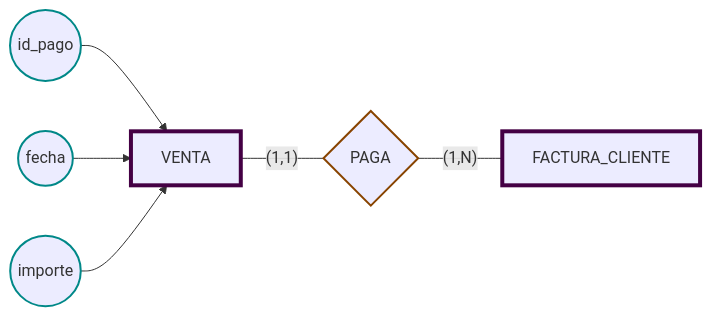
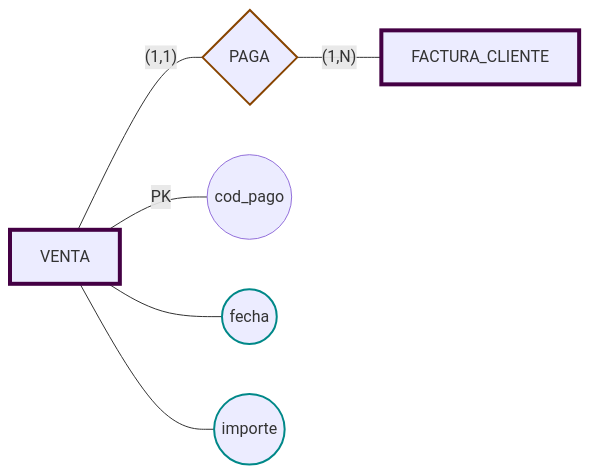
One commit to JulTob/Data changed the tenth of 13 diagrams in DataBases/lonja_DB.md. Above: the diagram before and after it, drawn with Mermaid. The commit also changed other lines of this file, not shown here.

````diff
--- a/DataBases/lonja_DB.md
+++ b/DataBases/lonja_DB.md
@@ -544,18 +553,18 @@
 ```mermaid
 flowchart LR
   classDef entidad stroke:#404,stroke-width:4px;
   classDef relacion stroke:#840,stroke-width:2px;
   classDef atributo stroke:#088,stroke-width:2px;
 
   Factura[FACTURA_CLIENTE]:::entidad
   Pago[VENTA]:::entidad
   Rel{PAGA}:::relacion
 
-  id_pago((id_pago)):::atributo --> Pago
-  fecha((fecha)):::atributo --> Pago
-  importe((importe)):::atributo --> Pago
+  Pago ---|PK| cod_pago((cod_pago)):::pk  
+  Pago --- fecha((fecha)):::atributo 
+  Pago --- importe((importe)):::atributo 
 
    Pago ---|"(1,1)"| Rel
   Rel ---|"(1,N)"| Factura
 
 ```
````
